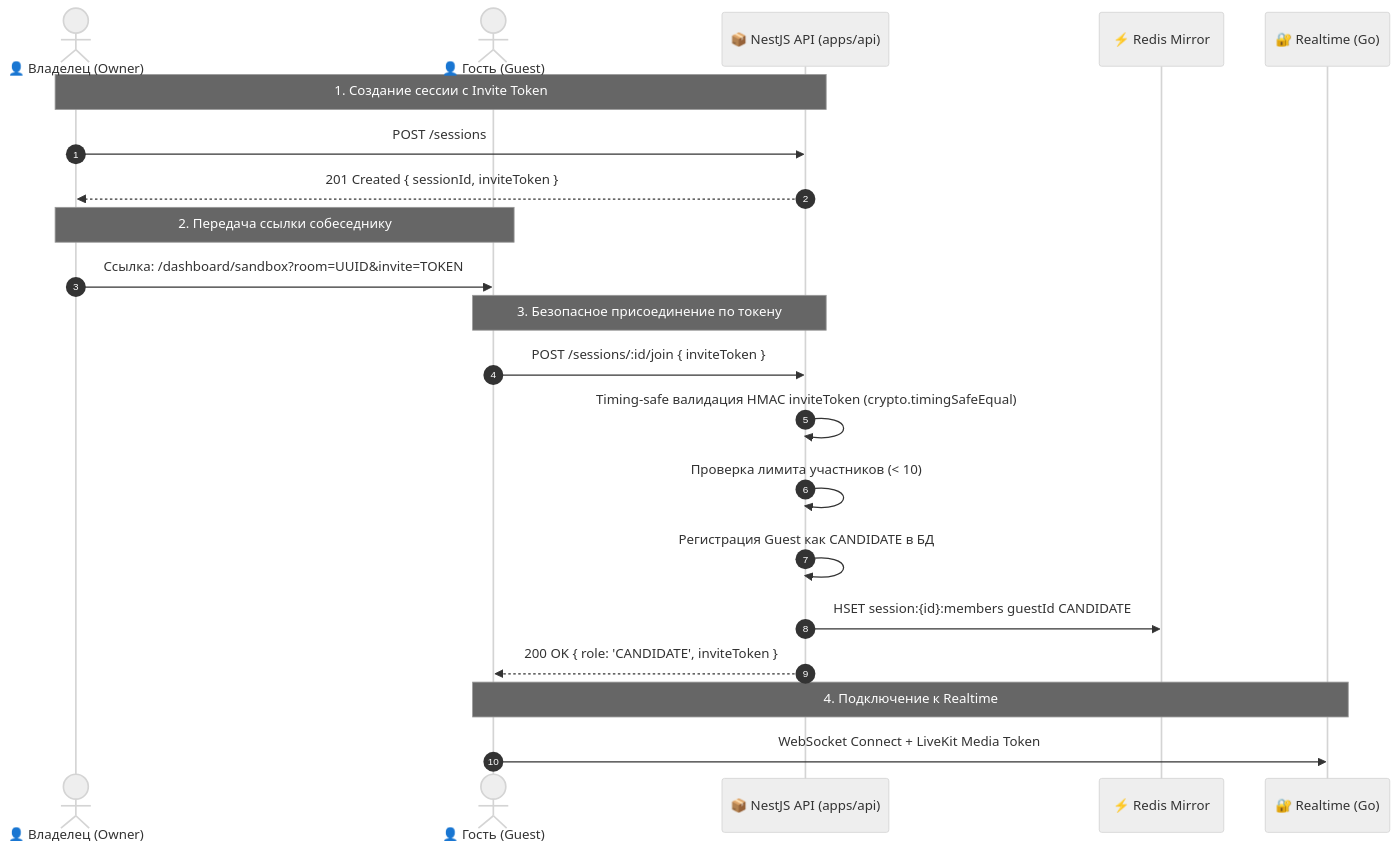
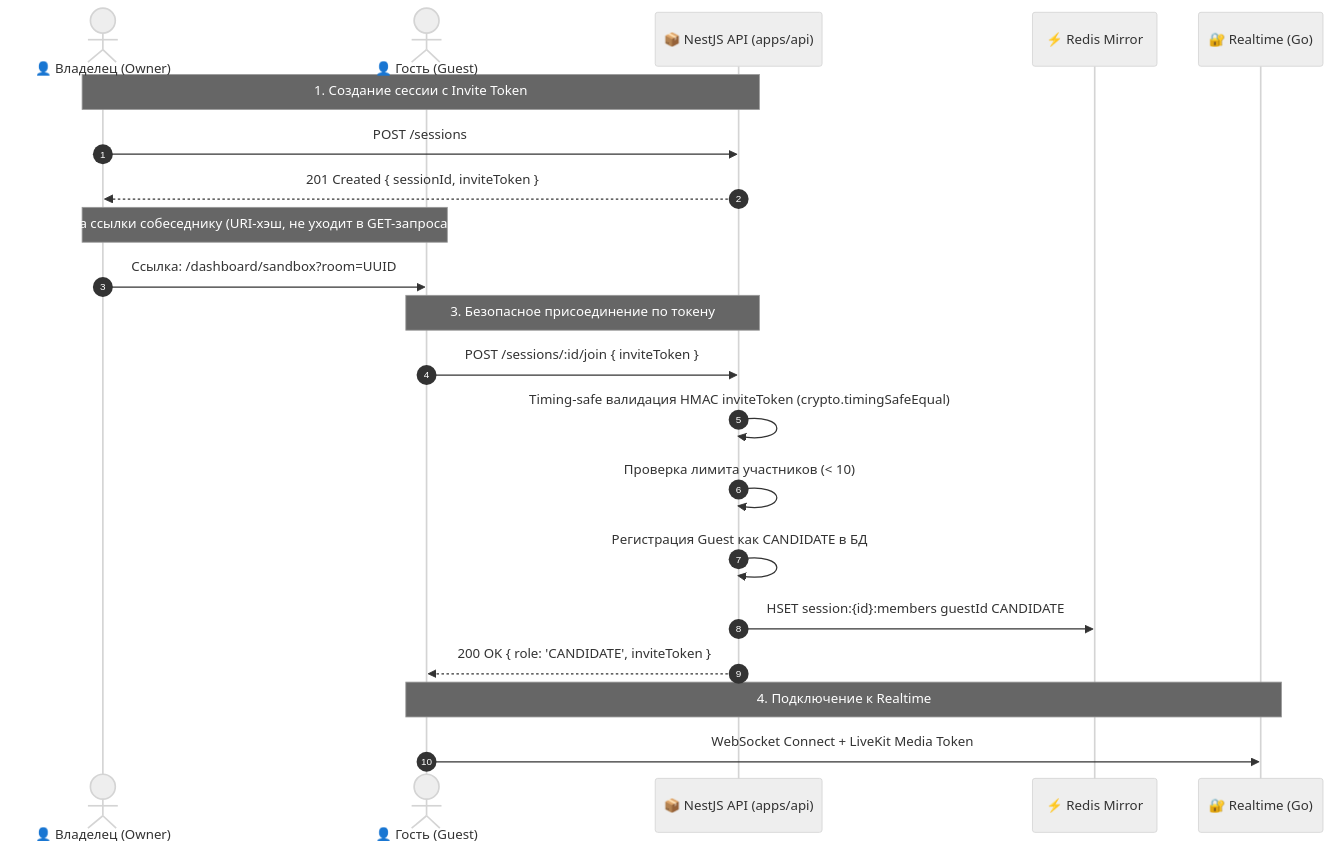
Before and after one commit to Riko4502/MockInterviewAI: the diagram in docs/tasks/sandbox-join-security-and-cleanup.md, drawn with Mermaid (neutral theme). The commit also changed other lines of this file and 22 other files, not shown here.

````diff
--- a/docs/tasks/sandbox-join-security-and-cleanup.md
+++ b/docs/tasks/sandbox-join-security-and-cleanup.md
@@ -51,27 +51,27 @@
 ```mermaid
 sequenceDiagram
     autonumber
     actor Owner as 👤 Владелец (Owner)
     actor Guest as 👤 Гость (Guest)
     participant API as 📦 NestJS API (apps/api)
     participant Redis as ⚡ Redis Mirror
     participant RT as 🔐 Realtime (Go)
 
     Note over Owner, API: 1. Создание сессии с Invite Token
     Owner->>API: POST /sessions
     API-->>Owner: 201 Created { sessionId, inviteToken }
 
-    Note over Owner, Guest: 2. Передача ссылки собеседнику
-    Owner->>Guest: Ссылка: /dashboard/sandbox?room=UUID&invite=TOKEN
+    Note over Owner, Guest: 2. Передача ссылки собеседнику (URI-хэш, не уходит в GET-запросах, CWE-598)
+    Owner->>Guest: Ссылка: /dashboard/sandbox?room=UUID#invite=TOKEN
 
     Note over Guest, API: 3. Безопасное присоединение по токену
     Guest->>API: POST /sessions/:id/join { inviteToken }
     API->>API: Timing-safe валидация HMAC inviteToken (crypto.timingSafeEqual)
     API->>API: Проверка лимита участников (< 10)
     API->>API: Регистрация Guest как CANDIDATE в БД
     API->>Redis: HSET session:{id}:members guestId CANDIDATE
     API-->>Guest: 200 OK { role: 'CANDIDATE', inviteToken }
 
     Note over Guest, RT: 4. Подключение к Realtime
     Guest->>RT: WebSocket Connect + LiveKit Media Token
 ```
````
